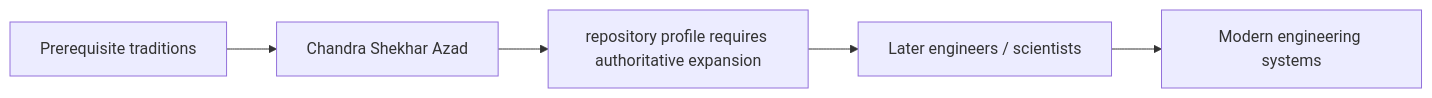
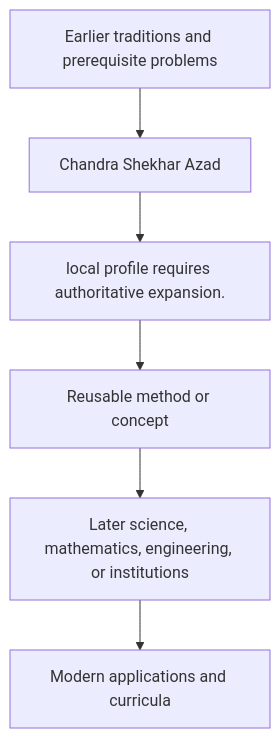
Before and after one commit to via-decide/ViaLogic: the diagram in docs/history/chandra-shekhar-azad/influence.md, drawn with Mermaid. The commit also changed other lines of this file and 858 other files, not shown here.

````diff
--- a/docs/history/chandra-shekhar-azad/influence.md
+++ b/docs/history/chandra-shekhar-azad/influence.md
@@ -29,7 +16,8 @@
 ```mermaid
-graph LR
-  prerequisites["Prerequisite traditions"] --> current["Chandra Shekhar Azad"]
-  current --> contribution["repository profile requires authoritative expansion"]
-  contribution --> successors["Later engineers / scientists"]
-  successors --> modern["Modern engineering systems"]
+graph TD
+  Prior[Earlier traditions and prerequisite problems] --> Person[Chandra Shekhar Azad]
+  Person --> Contribution[local profile requires authoritative expansion.]
+  Contribution --> Method[Reusable method or concept]
+  Method --> Later[Later science, mathematics, engineering, or institutions]
+  Later --> Modern[Modern applications and curricula]
 ```
````
